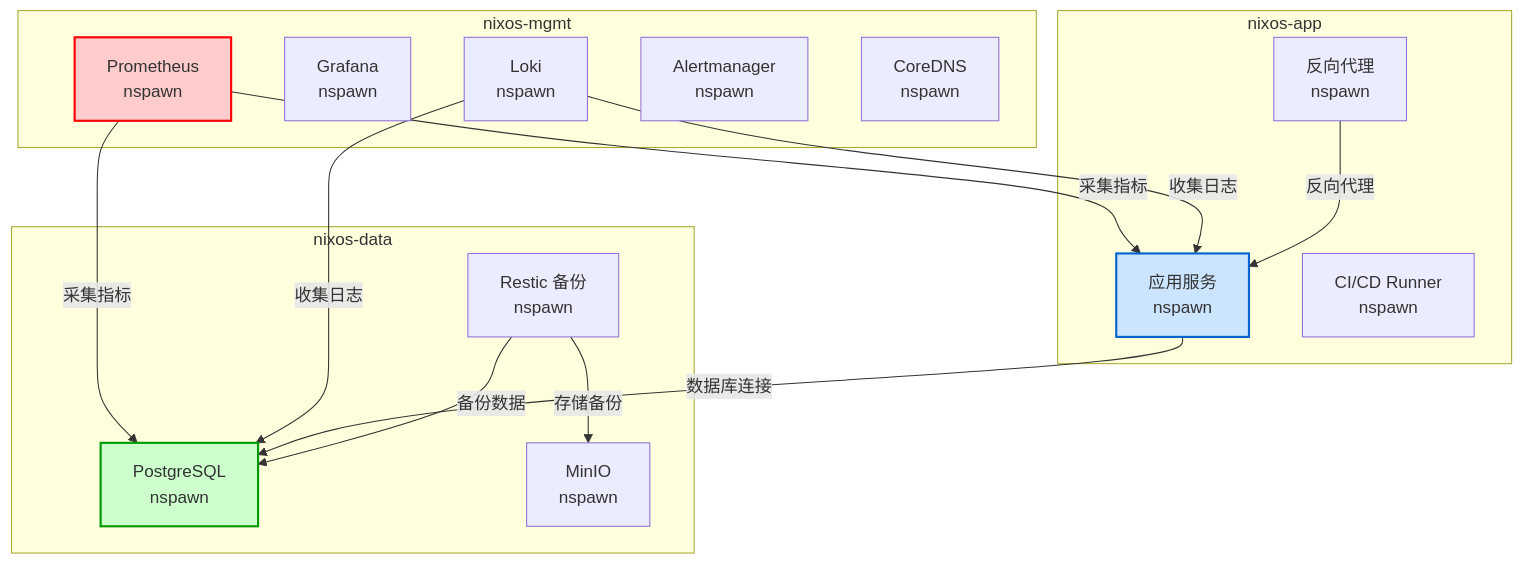
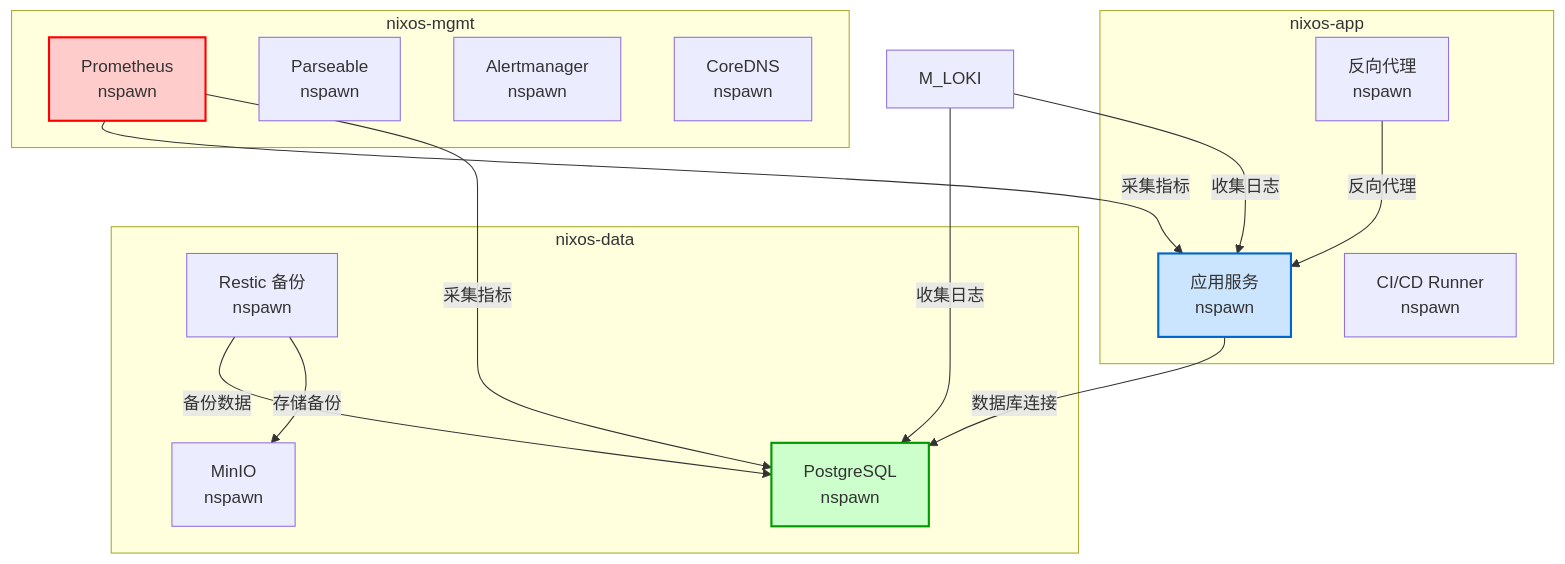
Before and after one commit to stars-labs/full-it-infra-design-docs: the eighth of 15 diagrams in src/content/docs/nixos-datacenter-deployment.md, drawn with Mermaid. The commit also changed other lines of this file and 14 other files, not shown here.

First line of the commit message:
docs: modernize infrastructure architecture

````diff
--- a/src/content/docs/nixos-datacenter-deployment.md
+++ b/src/content/docs/nixos-datacenter-deployment.md
@@ -982,35 +982,34 @@
 ```mermaid
 graph TB
     subgraph "nixos-mgmt"
         M_PROM[Prometheus<br/>nspawn]
-        M_GRAF[Grafana<br/>nspawn]
-        M_LOKI[Loki<br/>nspawn]
+        M_PARSEABLE[Parseable<br/>nspawn]
         M_ALERT[Alertmanager<br/>nspawn]
         M_DNS[CoreDNS<br/>nspawn]
     end
 
     subgraph "nixos-app"
         A_APP[应用服务<br/>nspawn]
         A_PROXY[反向代理<br/>nspawn]
         A_RUNNER[CI/CD Runner<br/>nspawn]
     end
 
     subgraph "nixos-data"
         D_PG[PostgreSQL<br/>nspawn]
         D_BACKUP[Restic 备份<br/>nspawn]
         D_MINIO[MinIO<br/>nspawn]
     end
 
     M_PROM -->|采集指标| A_APP
     M_PROM -->|采集指标| D_PG
     M_LOKI -->|收集日志| A_APP
     M_LOKI -->|收集日志| D_PG
     A_PROXY -->|反向代理| A_APP
     A_APP -->|数据库连接| D_PG
     D_BACKUP -->|备份数据| D_PG
     D_BACKUP -->|存储备份| D_MINIO
 
     style M_PROM fill:#ffcccc,stroke:#ff0000,stroke-width:2px
     style D_PG fill:#ccffcc,stroke:#009900,stroke-width:2px
     style A_APP fill:#cce5ff,stroke:#0066cc,stroke-width:2px
 ```
````
